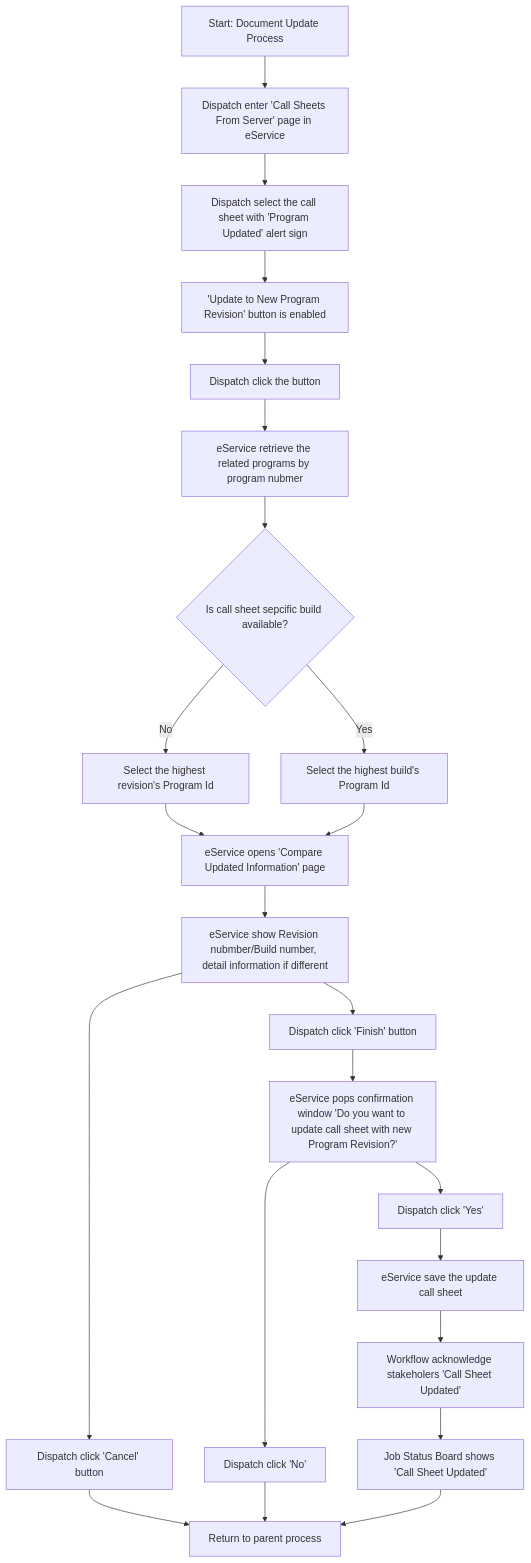
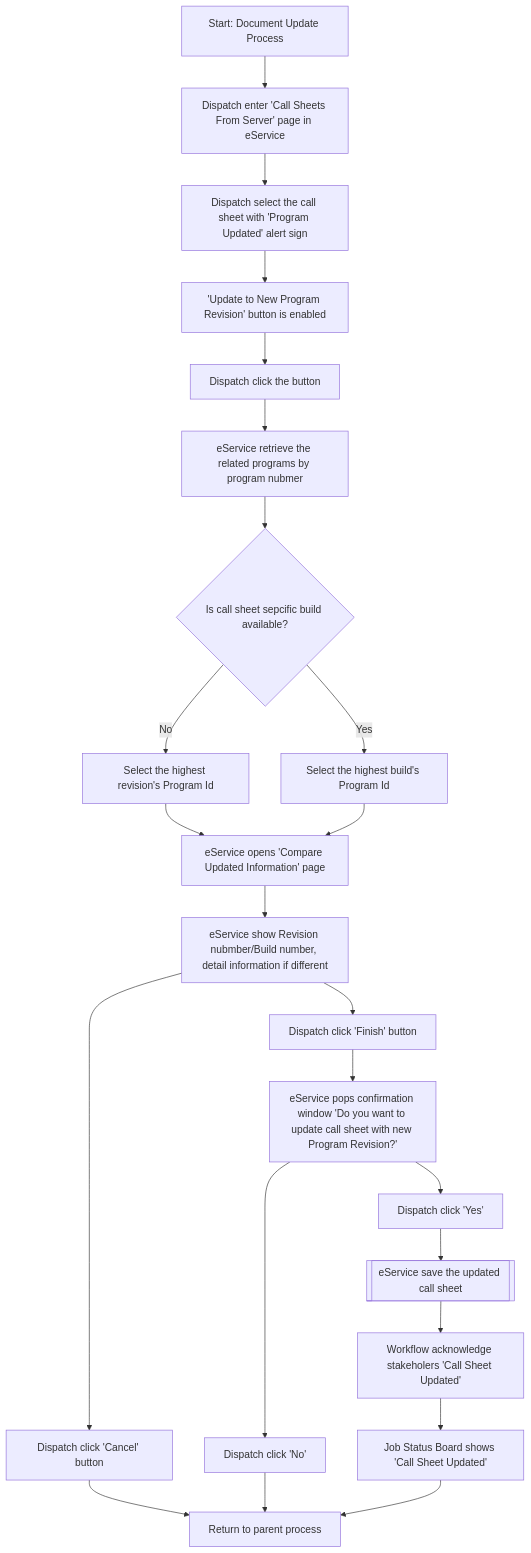
The diagram in Documents/04 - Cementing Service Request/09 - Prepare Material/05 - Blend Approval Process/11 - Document Update/process.md (Sanjel-Energy-Services/eService_WorkItems), drawn with Mermaid before and after one commit. The commit also changed 3 other files, not shown here.

````diff
--- a/Documents/04 - Cementing Service Request/09 - Prepare Material/05 - Blend Approval Process/11 - Document Update/process.md
+++ b/Documents/04 - Cementing Service Request/09 - Prepare Material/05 - Blend Approval Process/11 - Document Update/process.md
@@ -4,26 +4,26 @@
 ```mermaid
 flowchart TD
     A[Start: Document Update Process] --> B[Dispatch enter 'Call Sheets From Server' page in eService]
     B-->C[Dispatch select the call sheet with 'Program Updated' alert sign]
     C-->D['Update to New Program Revision' button is enabled]
     D-->E[Dispatch click the button]
     E-->F[eService retrieve the related programs by program nubmer]
     F-->G{Is call sheet sepcific build available?}
     G-->|No|H[Select the highest revision's Program Id]
     G-->|Yes|I[Select the highest build's Program Id]
     H-->J[Retrieve the program information by Id]
     I-->J[eService opens 'Compare Updated Information' page]
     J-->K[eService show Revision nubmber/Build number, detail information if different]
     K-->L[Dispatch click 'Finish' button]
     K-->M[Dispatch click 'Cancel' button]
     L-->N[eService pops confirmation window 'Do you want to update call sheet with new Program Revision?']
     N-->O[Dispatch click 'Yes']
     N-->P[Dispatch click 'No']
-    O-->Q[eService save the update call sheet]
+    O-->Q[[eService save the updated call sheet]]
     Q-->R[Workflow acknowledge stakeholers 'Call Sheet Updated']
     R-->S[Job Status Board shows 'Call Sheet Updated']
     M-->Z[Return to parent process]
     P-->Z
     S-->Z
 
 ```
````
